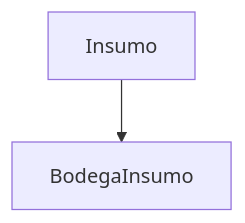
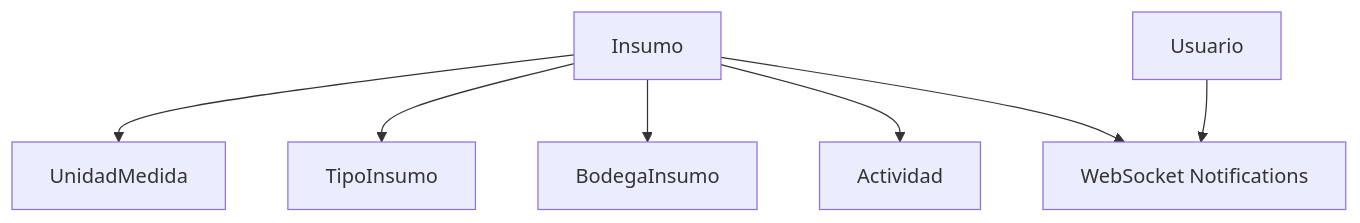
One commit to angela1705/ApiAgrosoftProyecto changed the diagram in documentacion_agrosoft/src/content/docs/modules/inventario/insumos.md. Above: the diagram before and after it, drawn with Mermaid. The commit also changed other lines of this file and 20 other files, not shown here.

````diff
--- a/documentacion_agrosoft/src/content/docs/modules/inventario/insumos.md
+++ b/documentacion_agrosoft/src/content/docs/modules/inventario/insumos.md
@@ -220,4 +599,9 @@
 ```mermaid
 graph TD
-    A[Insumo] --> B[BodegaInsumo]
+    A[Insumo] --> B[UnidadMedida]
+    A --> C[TipoInsumo]
+    A --> D[BodegaInsumo]
+    A --> E[Actividad]
+    F[Usuario] --> G[WebSocket Notifications]
+    A --> G
 ```
````
